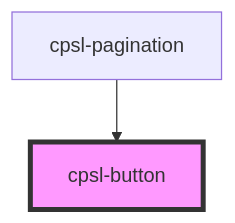
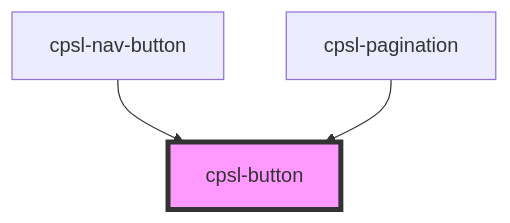
The diagram in packages/core-components/src/components/cpsl-button/readme.md (getpara/examples-hub), drawn with Mermaid before and after one commit. The commit also changed other lines of this file and 64 other files, not shown here.

````diff
--- a/packages/core-components/src/components/cpsl-button/readme.md
+++ b/packages/core-components/src/components/cpsl-button/readme.md
@@ -33,5 +34,6 @@
 ```mermaid
 graph TD;
+  cpsl-nav-button --> cpsl-button
   cpsl-pagination --> cpsl-button
   style cpsl-button fill:#f9f,stroke:#333,stroke-width:4px
 ```
````
